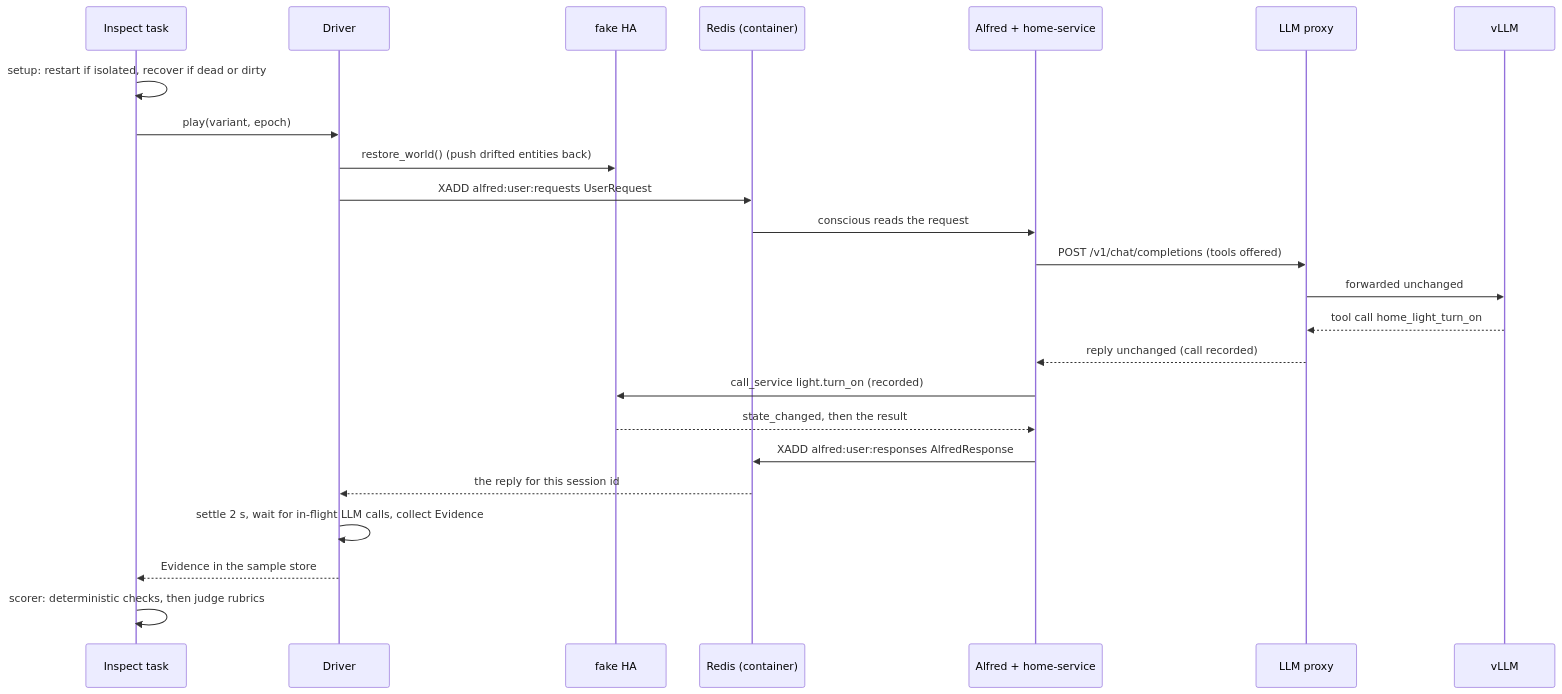
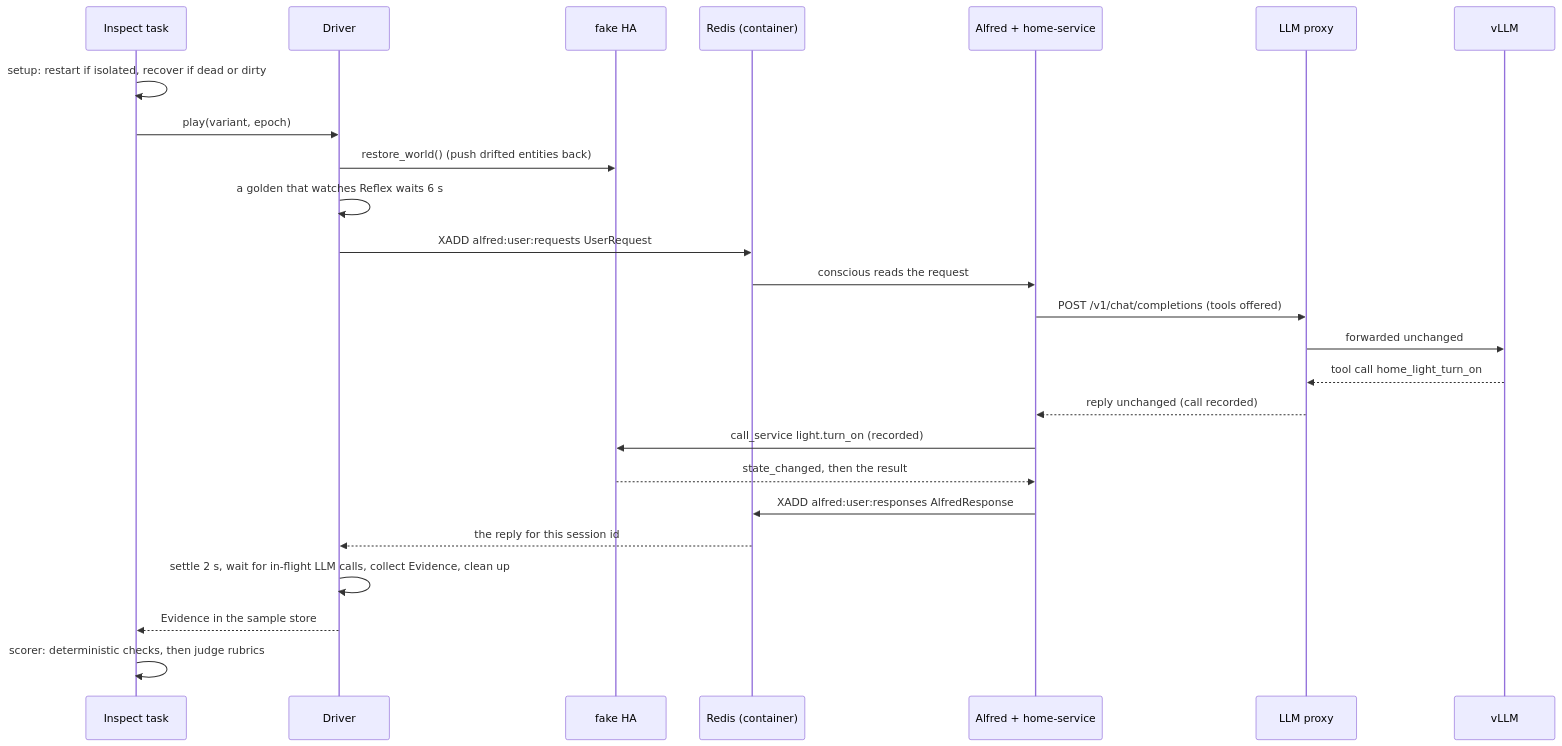
One commit to anirudhlath/alfred changed the second of 2 diagrams in docs/evals.md. Above: the diagram before and after it, drawn with Mermaid. The commit also changed other lines of this file, not shown here.

````diff
--- a/docs/evals.md
+++ b/docs/evals.md
@@ -153,27 +187,28 @@
 ```mermaid
 sequenceDiagram
     participant T as Inspect task
     participant D as Driver
     participant H as fake HA
     participant R as Redis (container)
     participant A as Alfred + home-service
     participant P as LLM proxy
     participant V as vLLM
 
     T->>T: setup: restart if isolated, recover if dead or dirty
     T->>D: play(variant, epoch)
     D->>H: restore_world() (push drifted entities back)
+    D->>D: a golden that watches Reflex waits 6 s
     D->>R: XADD alfred:user:requests UserRequest
     R->>A: conscious reads the request
     A->>P: POST /v1/chat/completions (tools offered)
     P->>V: forwarded unchanged
     V-->>P: tool call home_light_turn_on
     P-->>A: reply unchanged (call recorded)
     A->>H: call_service light.turn_on (recorded)
     H-->>A: state_changed, then the result
     A->>R: XADD alfred:user:responses AlfredResponse
     R-->>D: the reply for this session id
-    D->>D: settle 2 s, wait for in-flight LLM calls, collect Evidence
+    D->>D: settle 2 s, wait for in-flight LLM calls, collect Evidence, clean up
     D-->>T: Evidence in the sample store
     T->>T: scorer: deterministic checks, then judge rubrics
 ```
````
